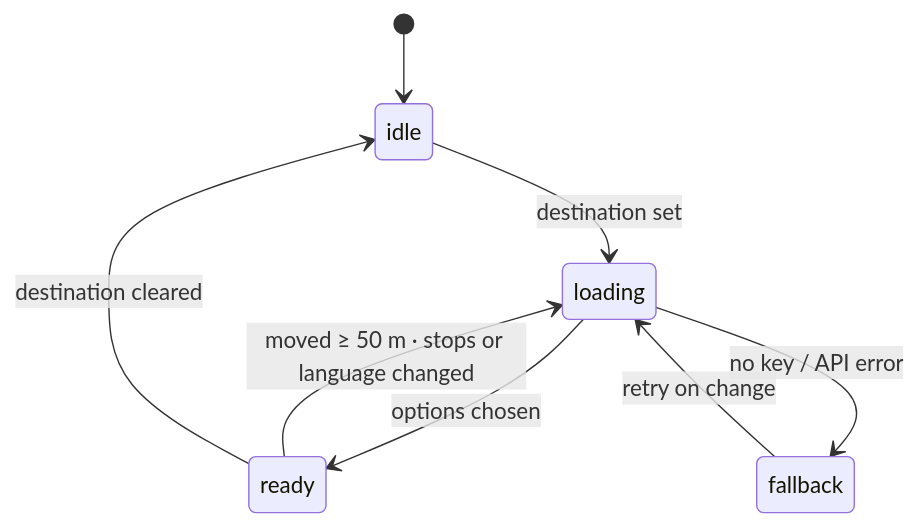
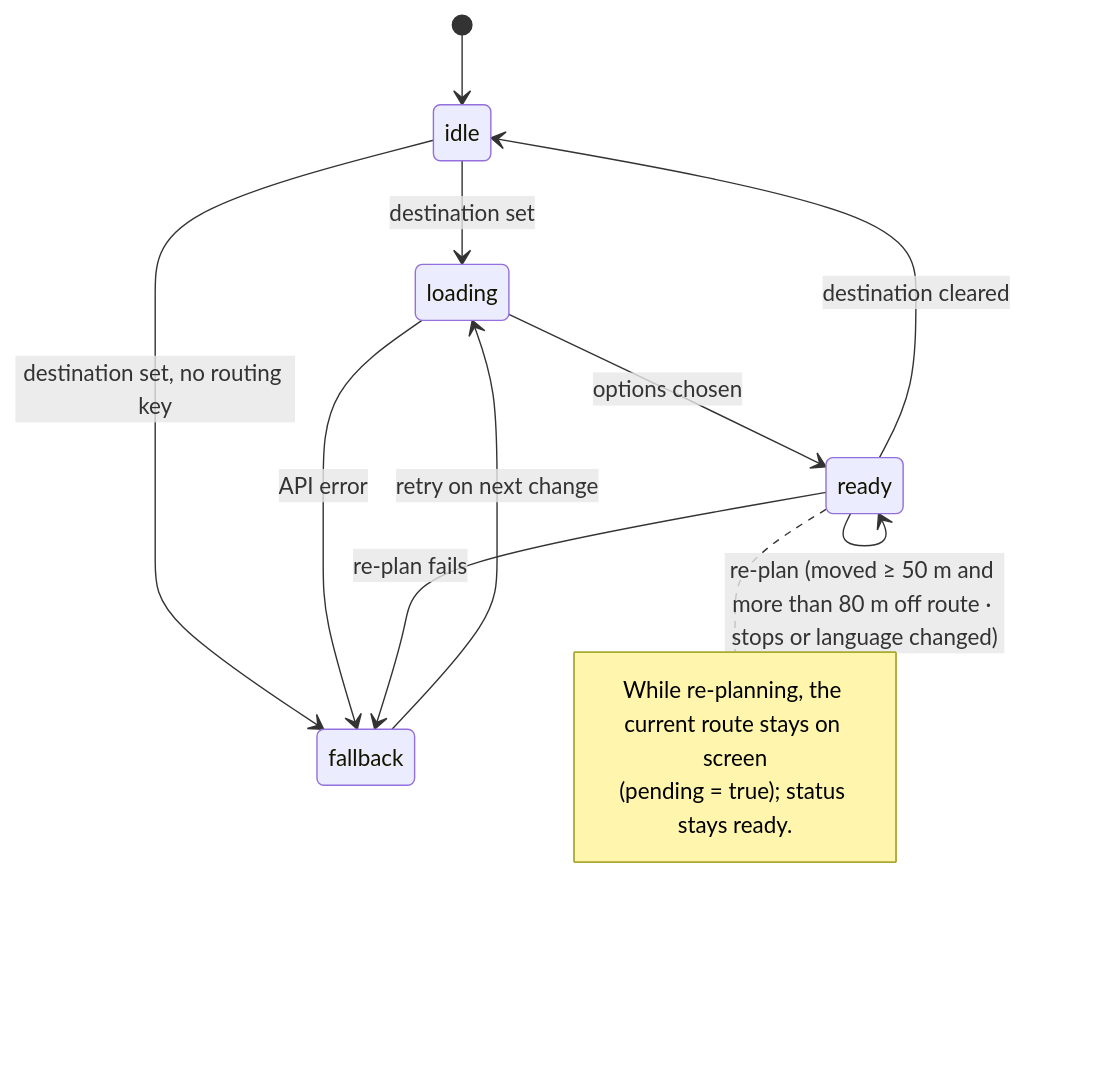
Before and after one commit to Podi-Skying/KIT519-Hobart-Historic: the seventh of 8 diagrams in docs/a3/uml.md, drawn with Mermaid. The commit also changed other lines of this file and 9 other files, not shown here.

````diff
--- a/docs/a3/uml.md
+++ b/docs/a3/uml.md
@@ -325,10 +333,16 @@
 ```mermaid
 stateDiagram-v2
   [*] --> idle
   idle --> loading: destination set
+  idle --> fallback: destination set, no routing key
   loading --> ready: options chosen
-  loading --> fallback: no key / API error
-  ready --> loading: moved ≥ 50 m · stops or language changed
-  fallback --> loading: retry on change
+  loading --> fallback: API error
+  ready --> ready: re-plan (moved ≥ 50 m and more than 80 m off route · stops or language changed)
+  ready --> fallback: re-plan fails
+  fallback --> loading: retry on next change
   ready --> idle: destination cleared
+  note right of ready
+    While re-planning, the current route stays on screen
+    (pending = true); status stays ready.
+  end note
 ```
````
